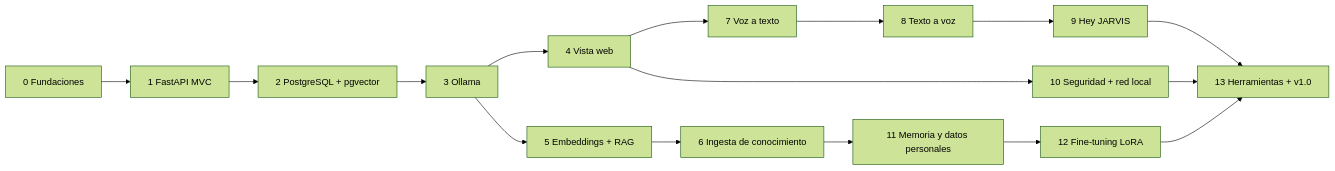
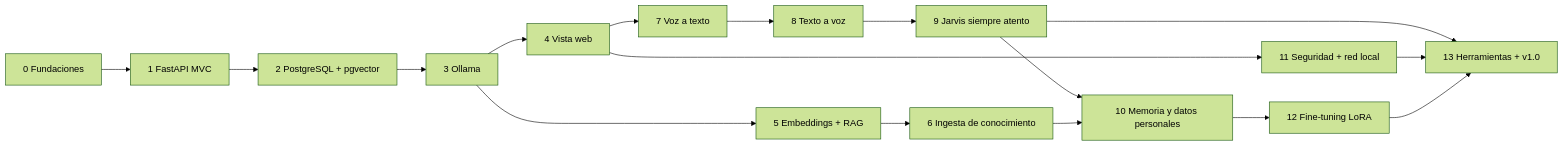
One commit to wleal7797/jarvis-local changed the diagram in docs/03-etapas-del-proyecto.md. Above: the diagram before and after it, drawn with Mermaid (forest theme). The commit also changed other lines of this file and 10 other files, not shown here.

````diff
--- a/docs/03-etapas-del-proyecto.md
+++ b/docs/03-etapas-del-proyecto.md
@@ -14,12 +14,13 @@
 ```mermaid
 flowchart LR
   E0[0 Fundaciones] --> E1[1 FastAPI MVC] --> E2[2 PostgreSQL + pgvector] --> E3[3 Ollama]
   E3 --> E4[4 Vista web]
   E3 --> E5[5 Embeddings + RAG] --> E6[6 Ingesta de conocimiento]
-  E4 --> E7[7 Voz a texto] --> E8[8 Texto a voz] --> E9[9 Hey JARVIS]
-  E4 --> E10[10 Seguridad + red local]
-  E6 --> E11[11 Memoria y datos personales] --> E12[12 Fine-tuning LoRA]
+  E4 --> E7[7 Voz a texto] --> E8[8 Texto a voz] --> E9[9 Jarvis siempre atento]
+  E9 --> E10[10 Memoria y datos personales] --> E12[12 Fine-tuning LoRA]
+  E6 --> E10
+  E4 --> E11[11 Seguridad + red local]
   E9 --> E13[13 Herramientas + v1.0]
-  E10 --> E13
+  E11 --> E13
   E12 --> E13
 ```
````
